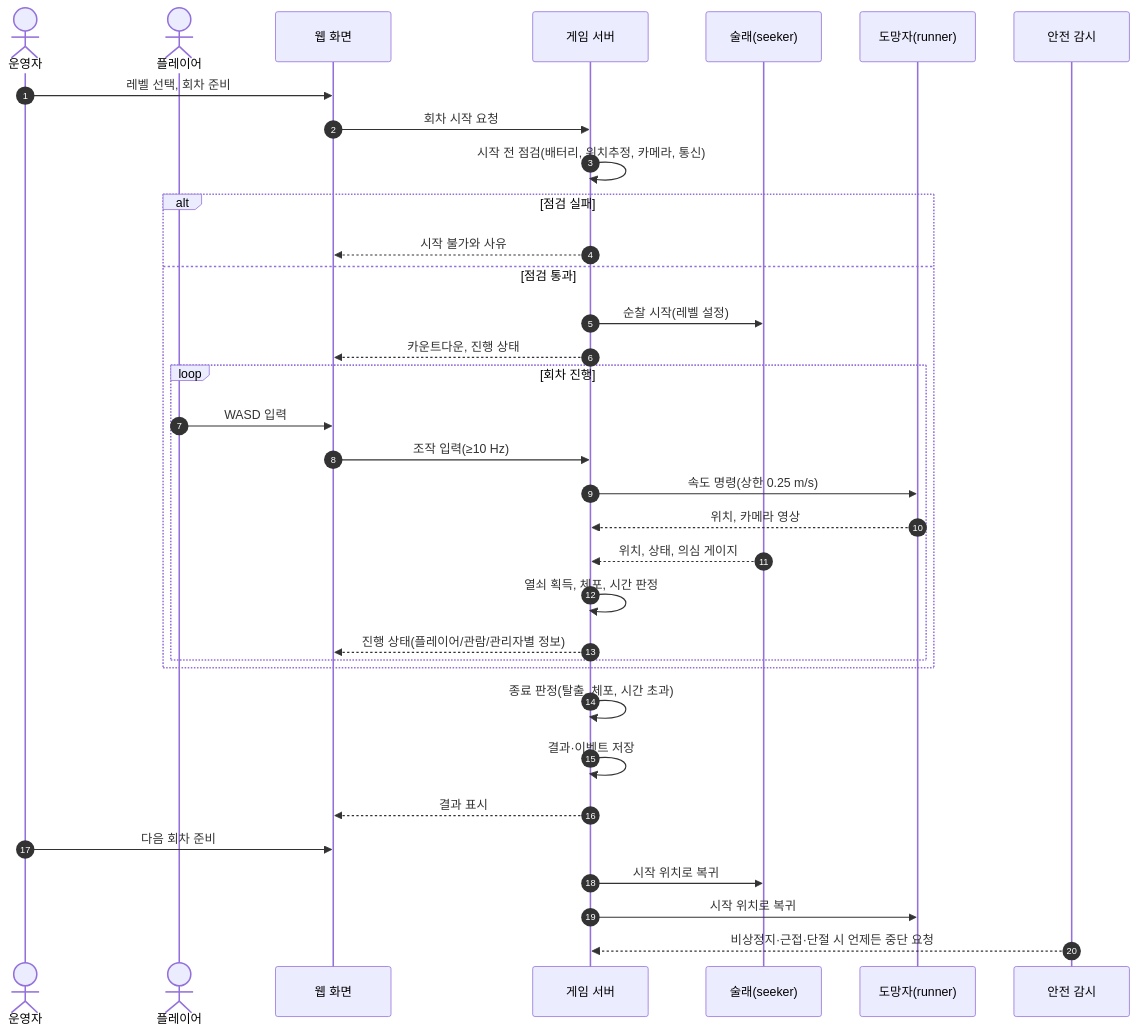
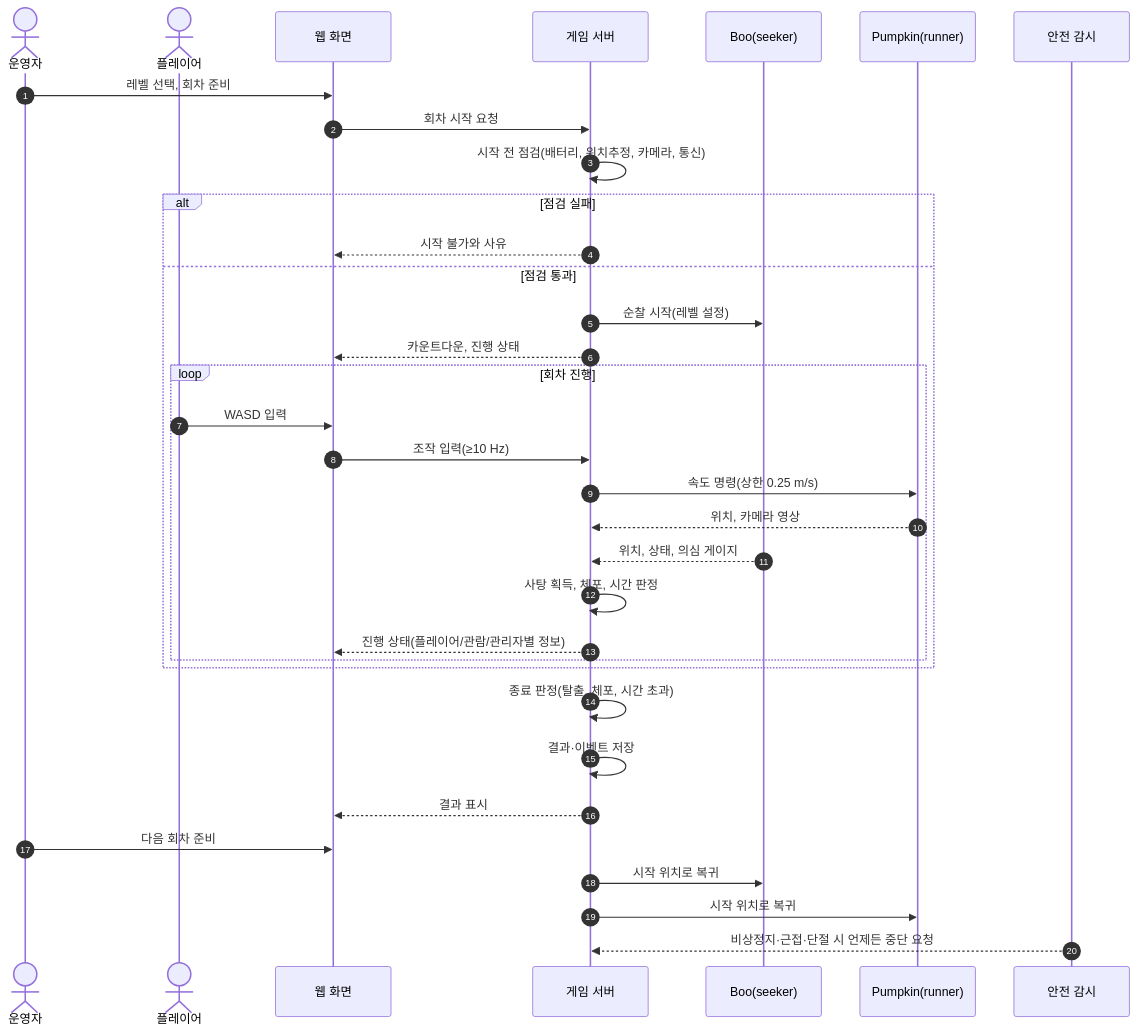
The first of 5 diagrams in docs/project/sdd.md (shbong06-sketch/Trick_or_Bot), drawn with Mermaid before and after one commit. The commit also changed other lines of this file, not shown here.

Commit message:
docs: SDD 명칭을 인터페이스 정의서 기준(Boo·Pumpkin·사탕)으로 통일, BRD v1.6·SRD v0.9 참조 갱신

````diff
--- a/docs/project/sdd.md
+++ b/docs/project/sdd.md
@@ -29,37 +29,37 @@
 ```mermaid
 sequenceDiagram
     autonumber
     actor Op as 운영자
     actor Pl as 플레이어
     participant Web as 웹 화면
     participant GS as 게임 서버
-    participant SK as 술래(seeker)
-    participant RN as 도망자(runner)
+    participant SK as Boo(seeker)
+    participant RN as Pumpkin(runner)
     participant SF as 안전 감시
 
     Op->>Web: 레벨 선택, 회차 준비
     Web->>GS: 회차 시작 요청
     GS->>GS: 시작 전 점검(배터리, 위치추정, 카메라, 통신)
     alt 점검 실패
         GS-->>Web: 시작 불가와 사유
     else 점검 통과
         GS->>SK: 순찰 시작(레벨 설정)
         GS-->>Web: 카운트다운, 진행 상태
         loop 회차 진행
             Pl->>Web: WASD 입력
             Web->>GS: 조작 입력(≥10 Hz)
             GS->>RN: 속도 명령(상한 0.25 m/s)
             RN-->>GS: 위치, 카메라 영상
             SK-->>GS: 위치, 상태, 의심 게이지
-            GS->>GS: 열쇠 획득, 체포, 시간 판정
+            GS->>GS: 사탕 획득, 체포, 시간 판정
             GS-->>Web: 진행 상태(플레이어/관람/관리자별 정보)
         end
     end
     GS->>GS: 종료 판정(탈출, 체포, 시간 초과)
     GS->>GS: 결과·이벤트 저장
     GS-->>Web: 결과 표시
     Op->>Web: 다음 회차 준비
     GS->>SK: 시작 위치로 복귀
     GS->>RN: 시작 위치로 복귀
     SF-->>GS: 비상정지·근접·단절 시 언제든 중단 요청
 ```
````
